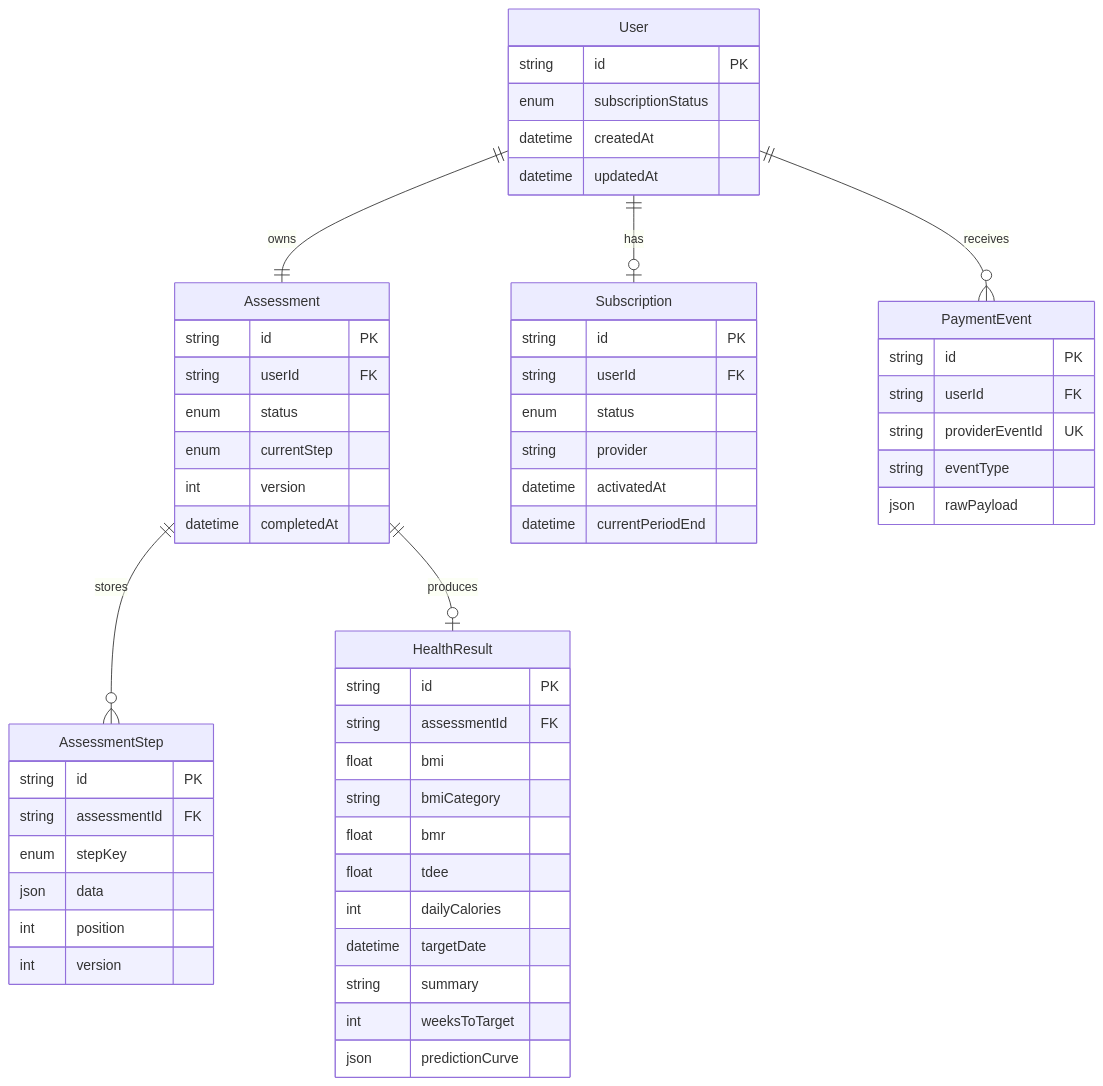
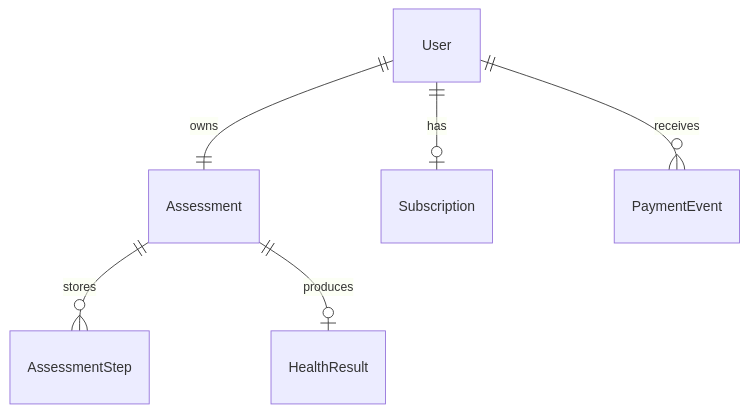
One commit to CheneyWwW/Full-stack-Challenge changed the diagram in README.md. Above: the diagram before and after it, drawn with Mermaid. The commit also changed other lines of this file and 3 other files, not shown here.

````diff
--- a/README.md
+++ b/README.md
@@ -305,64 +127,8 @@
 ```mermaid
 erDiagram
   User ||--|| Assessment : owns
   User ||--o| Subscription : has
   User ||--o{ PaymentEvent : receives
   Assessment ||--o{ AssessmentStep : stores
   Assessment ||--o| HealthResult : produces
-
-  User {
-    string id PK
-    enum subscriptionStatus
-    datetime createdAt
-    datetime updatedAt
-  }
-
-  Assessment {
-    string id PK
-    string userId FK
-    enum status
-    enum currentStep
-    int version
-    datetime completedAt
-  }
-
-  AssessmentStep {
-    string id PK
-    string assessmentId FK
-    enum stepKey
-    json data
-    int position
-    int version
-  }
-
-  HealthResult {
-    string id PK
-    string assessmentId FK
-    float bmi
-    string bmiCategory
-    float bmr
-    float tdee
-    int dailyCalories
-    datetime targetDate
-    string summary
-    int weeksToTarget
-    json predictionCurve
-  }
-
-  Subscription {
-    string id PK
-    string userId FK
-    enum status
-    string provider
-    datetime activatedAt
-    datetime currentPeriodEnd
-  }
-
-  PaymentEvent {
-    string id PK
-    string userId FK
-    string providerEventId UK
-    string eventType
-    json rawPayload
-  }
 ```
````
